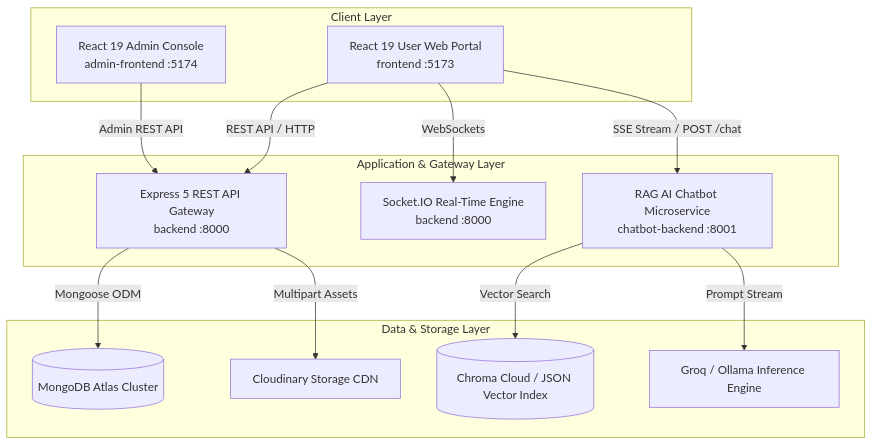
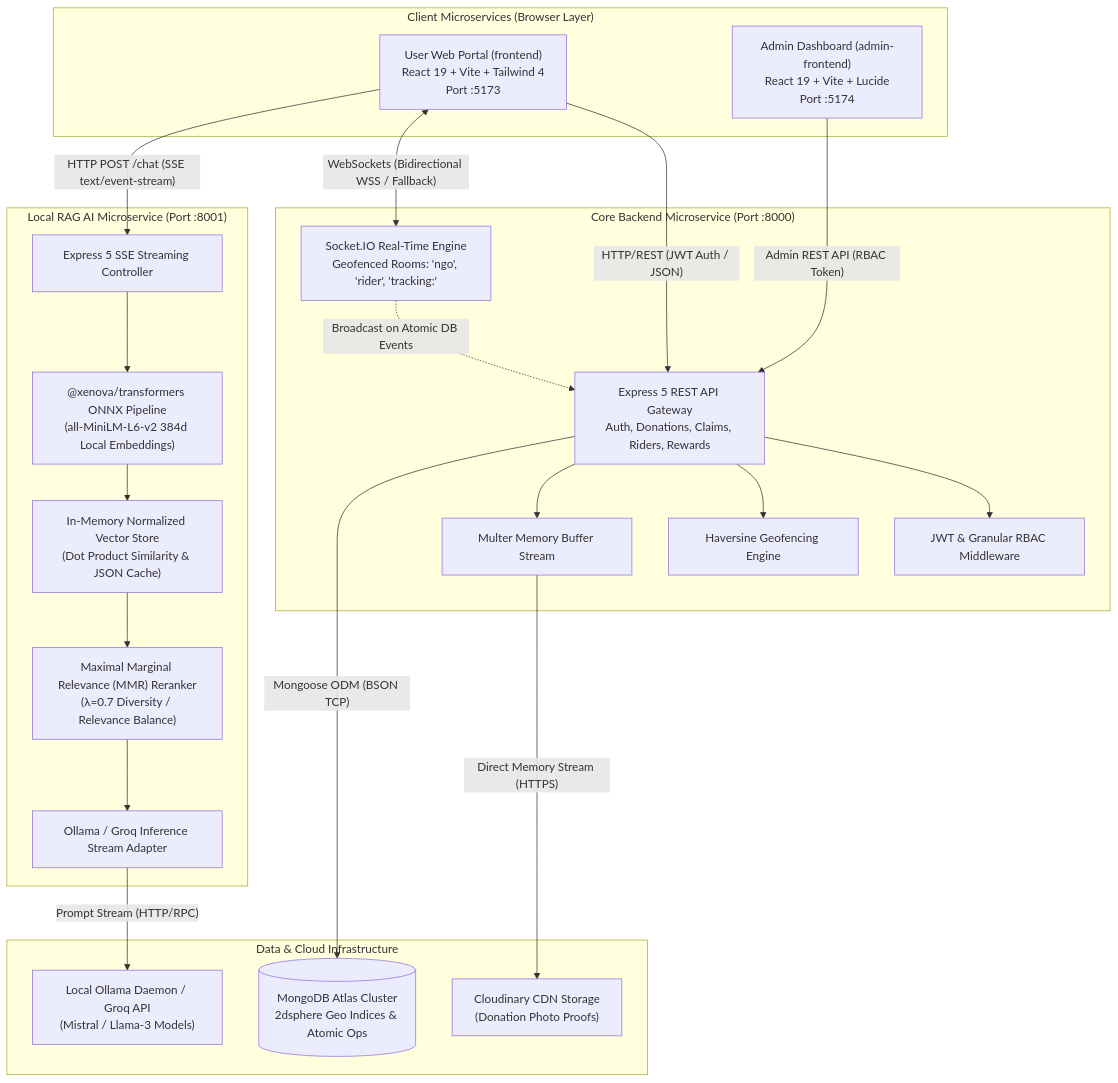
The second of 4 diagrams in README.md (adityapansare99/Sahaaya), drawn with Mermaid before and after one commit. The commit also changed other lines of this file and 1 other file, not shown here.

````diff
--- a/README.md
+++ b/README.md
@@ -60,30 +163,52 @@
 ```mermaid
 graph TB
-    subgraph Client Layer
-        FA[React 19 User Web Portal<br/>frontend :5173]
-        AA[React 19 Admin Console<br/>admin-frontend :5174]
+    subgraph Client_Microservices["Client Microservices (Browser Layer)"]
+        FA["User Web Portal (frontend)<br/>React 19 + Vite + Tailwind 4<br/>Port :5173"]
+        AA["Admin Dashboard (admin-frontend)<br/>React 19 + Vite + Lucide<br/>Port :5174"]
     end
 
-    subgraph Application & Gateway Layer
-        API[Express 5 REST API Gateway<br/>backend :8000]
-        WS[Socket.IO Real-Time Engine<br/>backend :8000]
-        RAG[RAG AI Chatbot Microservice<br/>chatbot-backend :8001]
+    subgraph Core_Backend_Microservice["Core Backend Microservice (Port :8000)"]
+        API_GW["Express 5 REST API Gateway<br/>Auth, Donations, Claims, Riders, Rewards"]
+        WS_ENG["Socket.IO Real-Time Engine<br/>Geofenced Rooms: 'ngo', 'rider', 'tracking:<id>'"]
+        AUTH_MW["JWT & Granular RBAC Middleware"]
+        GEO_ENG["Haversine Geofencing Engine"]
+        MULTER_PIPE["Multer Memory Buffer Stream"]
     end
 
-    subgraph Data & Storage Layer
-        MDB[(MongoDB Atlas Cluster)]
-        CLD[Cloudinary Storage CDN]
-        VEC[(Chroma Cloud / JSON Vector Index)]
-        LLM[Groq / Ollama Inference Engine]
+    subgraph Chatbot_RAG_Microservice["Local RAG AI Microservice (Port :8001)"]
+        RAG_CTRL["Express 5 SSE Streaming Controller"]
+        ONNX_ENG["@xenova/transformers ONNX Pipeline<br/>(all-MiniLM-L6-v2 384d Local Embeddings)"]
+        VEC_STORE["In-Memory Normalized Vector Store<br/>(Dot Product Similarity & JSON Cache)"]
+        MMR_RANK["Maximal Marginal Relevance (MMR) Reranker<br/>(λ=0.7 Diversity / Relevance Balance)"]
+        LLM_ADAPT["Ollama / Groq Inference Stream Adapter"]
     end
 
-    FA -->|REST API / HTTP| API
-    FA -->|WebSockets| WS
-    FA -->|SSE Stream / POST /chat| RAG
-    AA -->|Admin REST API| API
+    subgraph Storage_And_External_Infrastructure["Data & Cloud Infrastructure"]
+        MDB[("MongoDB Atlas Cluster<br/>2dsphere Geo Indices & Atomic Ops")]
+        CLD["Cloudinary CDN Storage<br/>(Donation Photo Proofs)"]
+        OLLAMA["Local Ollama Daemon / Groq API<br/>(Mistral / Llama-3 Models)"]
+    end
 
-    API -->|Mongoose ODM| MDB
-    API -->|Multipart Assets| CLD
-    RAG -->|Vector Search| VEC
-    RAG -->|Prompt Stream| LLM
+    %% Client to Core Backend Connections
+    FA -->|"HTTP/REST (JWT Auth / JSON)"| API_GW
+    FA <-->|"WebSockets (Bidirectional WSS / Fallback)"| WS_ENG
+    AA -->|"Admin REST API (RBAC Token)"| API_GW
+
+    %% Client to RAG Chatbot Connections
+    FA -->|"HTTP POST /chat (SSE text/event-stream)"| RAG_CTRL
+
+    %% Core Backend Internal & Outbound Flow
+    API_GW --> AUTH_MW
+    API_GW --> GEO_ENG
+    API_GW --> MULTER_PIPE
+    API_GW -->|"Mongoose ODM (BSON TCP)"| MDB
+    MULTER_PIPE -->|"Direct Memory Stream (HTTPS)"| CLD
+    WS_ENG -.->|"Broadcast on Atomic DB Events"| API_GW
+
+    %% RAG Chatbot Internal Flow
+    RAG_CTRL --> ONNX_ENG
+    ONNX_ENG --> VEC_STORE
+    VEC_STORE --> MMR_RANK
+    MMR_RANK --> LLM_ADAPT
+    LLM_ADAPT -->|"Prompt Stream (HTTP/RPC)"| OLLAMA
 ```
````
